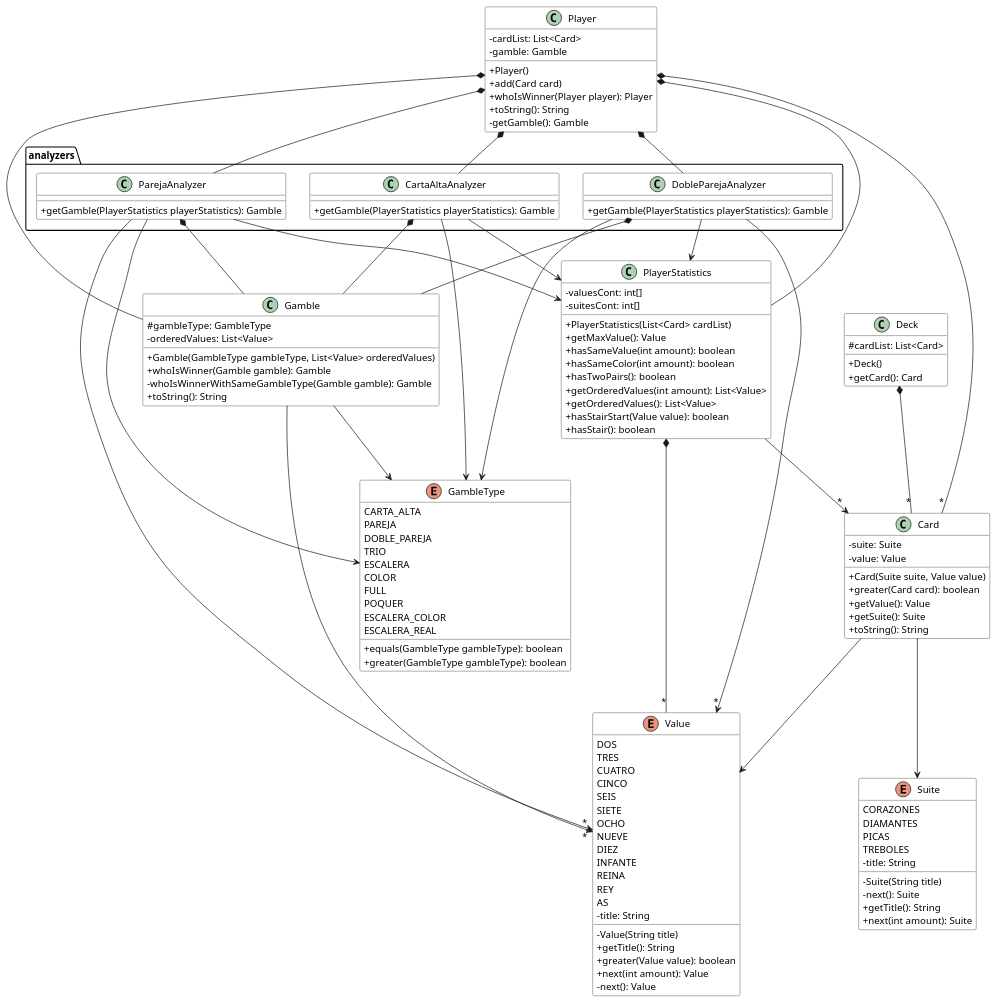
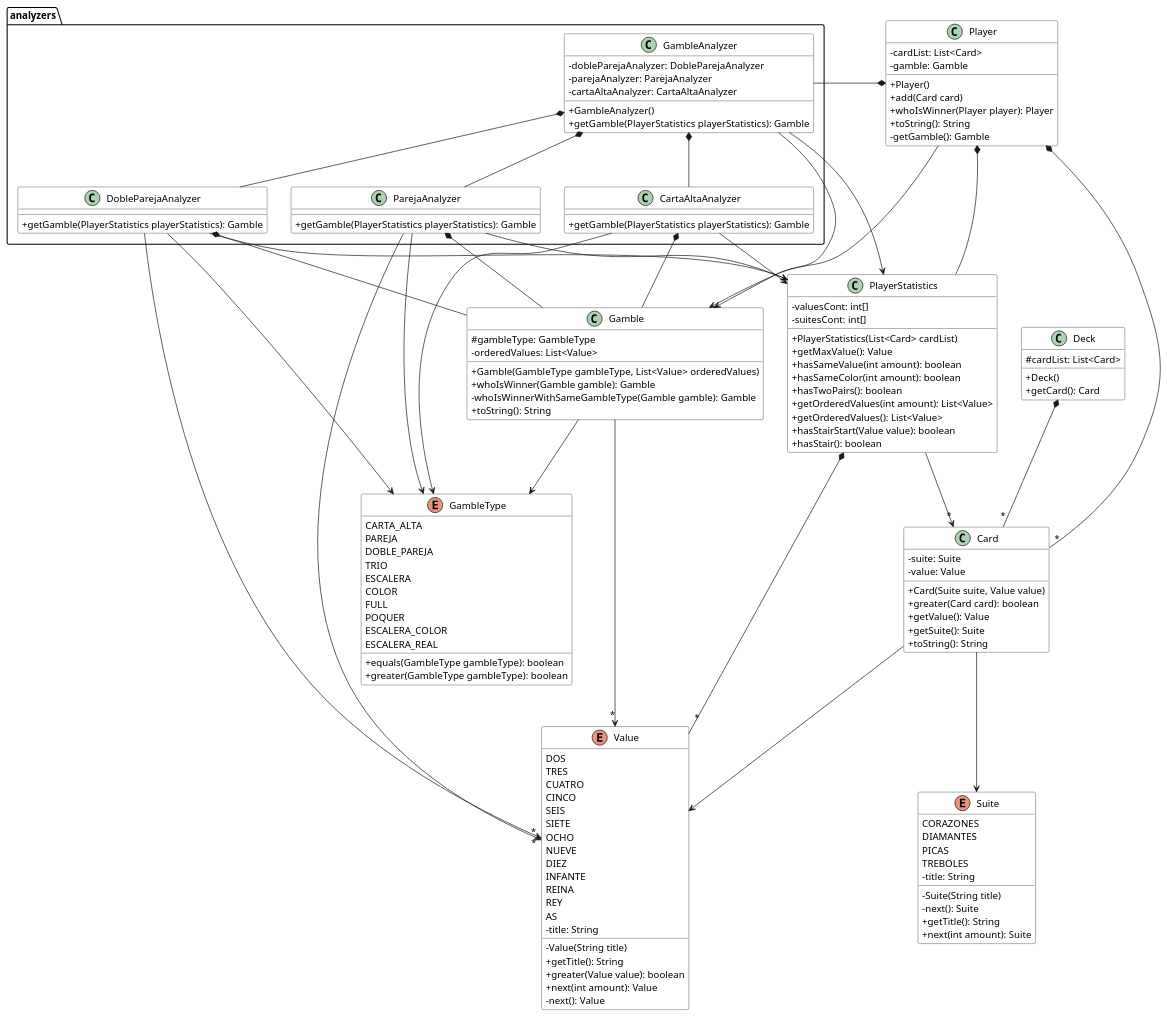
Before and after one commit to mpaulaherrero/refactoring: the diagram in docs/pokerClassDiagram.plantuml, drawn with PlantUML. The commit also changed 5 other files, not shown here.

Commit message:
Poker - version 05: alto acoplamiento, extraer Clase GambleAnalyzer

```diff
--- a/docs/pokerClassDiagram.plantuml
+++ b/docs/pokerClassDiagram.plantuml
@@ -1,149 +1,160 @@
 @startuml poker
 skinparam ClassBackgroundColor white
 skinparam classAttributeIconSize 0
 show circle
 
 class Deck {
 # cardList: List<Card>
 + Deck()
 + getCard(): Card
 }
 
 class Card {
 - suite: Suite
 - value: Value
 + Card(Suite suite, Value value)
 + greater(Card card): boolean
 + getValue(): Value
 + getSuite(): Suite
 + toString(): String
 }
 
 enum GambleType {
 CARTA_ALTA
 PAREJA
 DOBLE_PAREJA
 TRIO
 ESCALERA
 COLOR
 FULL
 POQUER
 ESCALERA_COLOR
 ESCALERA_REAL
 + equals(GambleType gambleType): boolean
 + greater(GambleType gambleType): boolean
 }
 
 class Player {
 - cardList: List<Card>
 - gamble: Gamble
 + Player()
 + add(Card card)
 + whoIsWinner(Player player): Player
 + toString(): String
 - getGamble(): Gamble
 }
 
 enum Suite {
 CORAZONES
 DIAMANTES
 PICAS
 TREBOLES
 - title: String
 - Suite(String title)
 - next(): Suite
 + getTitle(): String
 + next(int amount): Suite
 }
 
 enum Value{
 DOS
 TRES
 CUATRO
 CINCO
 SEIS
 SIETE
 OCHO
 NUEVE
 DIEZ
 INFANTE
 REINA
 REY
 AS
 - title: String
 - Value(String title)
 + getTitle(): String
 + greater(Value value): boolean
 + next(int amount): Value
 - next(): Value
 }
 
 class Gamble {
 # gambleType: GambleType
 - orderedValues: List<Value>
 + Gamble(GambleType gambleType, List<Value> orderedValues)
 + whoIsWinner(Gamble gamble): Gamble
 - whoIsWinnerWithSameGambleType(Gamble gamble): Gamble
 + toString(): String
 }
 
 class PlayerStatistics {
 - valuesCont: int[]
 - suitesCont: int[]
 + PlayerStatistics(List<Card> cardList)
 + getMaxValue(): Value
 + hasSameValue(int amount): boolean
 + hasSameColor(int amount): boolean
 + hasTwoPairs(): boolean
 + getOrderedValues(int amount): List<Value>
 + getOrderedValues(): List<Value>
 + hasStairStart(Value value): boolean
 + hasStair(): boolean
 }
 
 package analyzers {
+    class GambleAnalyzer {
+        - dobleParejaAnalyzer: DobleParejaAnalyzer
+        - parejaAnalyzer: ParejaAnalyzer
+        - cartaAltaAnalyzer: CartaAltaAnalyzer
+	    + GambleAnalyzer()
+        + getGamble(PlayerStatistics playerStatistics): Gamble
+    }
+
     class CartaAltaAnalyzer {
     + getGamble(PlayerStatistics playerStatistics): Gamble
     }
     class ParejaAnalyzer {
     + getGamble(PlayerStatistics playerStatistics): Gamble
     }
     class DobleParejaAnalyzer {
     + getGamble(PlayerStatistics playerStatistics): Gamble
     }
 }
 
 Deck *-d- "*" Card
 
 Player *-d- "*" Card
-Player *-r- Gamble
+Player -r-> Gamble
 Player *-d- PlayerStatistics
-Player *-d- CartaAltaAnalyzer
-Player *-d- DobleParejaAnalyzer
-Player *-d- ParejaAnalyzer
+Player *- GambleAnalyzer
 
 PlayerStatistics -d-> "*" Card
 PlayerStatistics *-d- "*" Value
 
 Gamble -d-> GambleType
 Gamble -d-> "*" Value
 
 Card -d-> Value
 Card -d-> Suite
 
+GambleAnalyzer -> Gamble
+GambleAnalyzer -> PlayerStatistics
+GambleAnalyzer *-d- CartaAltaAnalyzer
+GambleAnalyzer *-d- DobleParejaAnalyzer
+GambleAnalyzer *-d- ParejaAnalyzer
 
 CartaAltaAnalyzer -d-> PlayerStatistics
 CartaAltaAnalyzer *-d- Gamble
 CartaAltaAnalyzer -d-> GambleType
 
 DobleParejaAnalyzer -d-> PlayerStatistics
 DobleParejaAnalyzer *-d- Gamble
 DobleParejaAnalyzer -d-> GambleType
 DobleParejaAnalyzer -d-> "*" Value
 
 ParejaAnalyzer -d-> PlayerStatistics
 ParejaAnalyzer *-d- Gamble
 ParejaAnalyzer -d-> GambleType
 ParejaAnalyzer -d-> "*" Value
 
 @enduml
```
